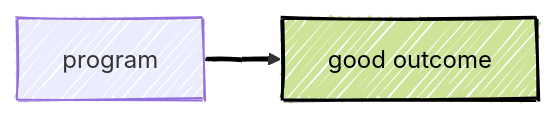
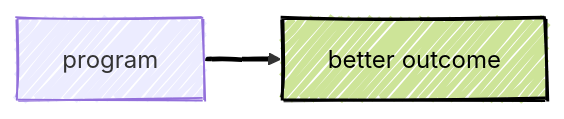
Before and after one commit to agrogan1/agrogan1.github.io: the second of 9 diagrams in posts/multivariate/index.qmd, drawn with Mermaid. The commit also changed other lines of this file and 13 other files, not shown here.

````diff
--- a/posts/multivariate/index.qmd
+++ b/posts/multivariate/index.qmd
@@ -122,16 +122,16 @@
 ```{mermaid}
 ---
 config:
   look: handDrawn
   theme: default
 ---
 
 flowchart LR
 
-  program[program] --> outcome1["good outcome"]:::forestgreen
+  program[program] --> outcome1["better outcome"]:::forestgreen
 
   linkStyle 0 stroke:#000000,stroke-width:3px,font-size:36px,color:black;
 
   classDef forestgreen fill:#CDE498,stroke:#000000,stroke-width:2px,color:#000000;
 
 ```
````
